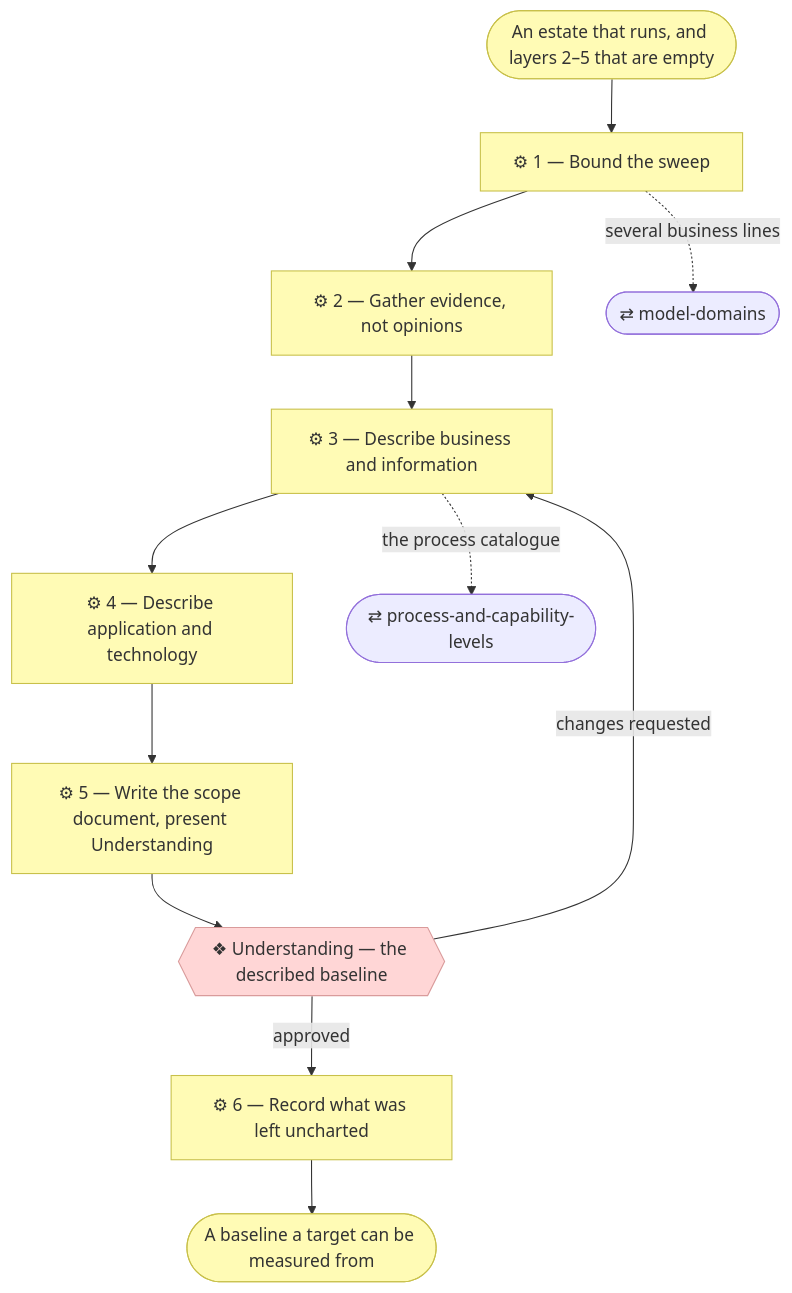
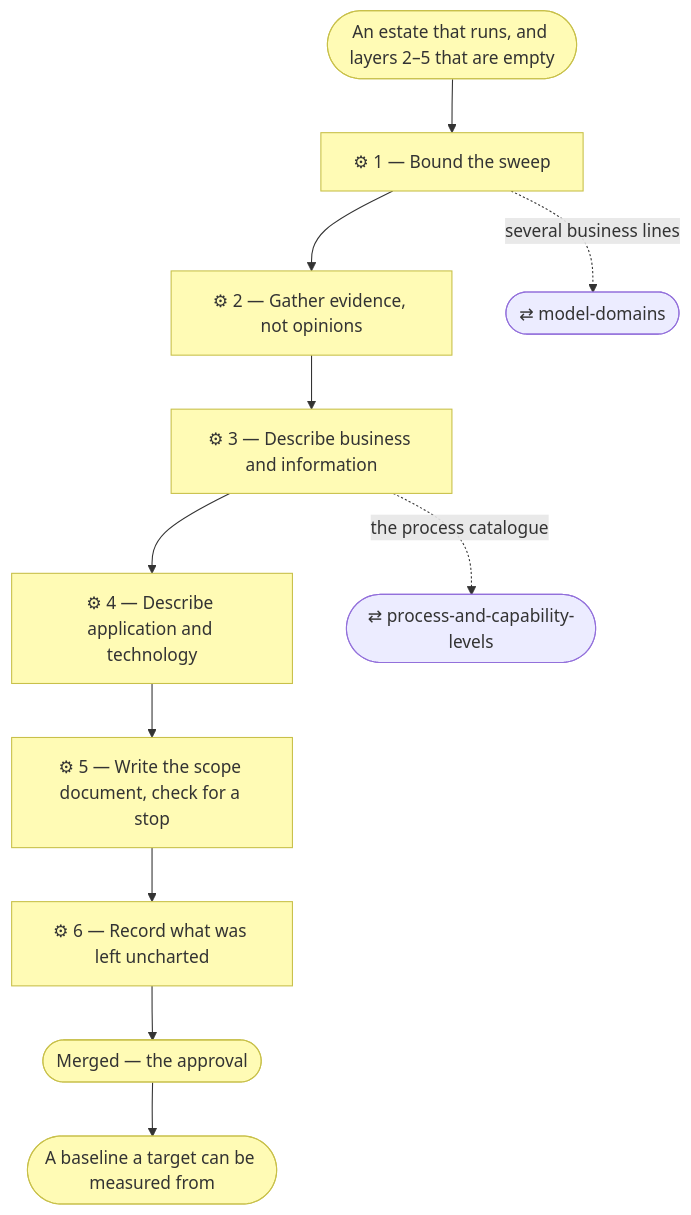
One commit to roanboc/archreator changed the diagram in plugins/archreator/skills/discover-current-landscape/SKILL.md. Above: the diagram before and after it, drawn with Mermaid. The commit also changed other lines of this file and 49 other files, not shown here.

````diff
--- a/plugins/archreator/skills/discover-current-landscape/SKILL.md
+++ b/plugins/archreator/skills/discover-current-landscape/SKILL.md
@@ -46,25 +45,21 @@
 ```mermaid
 flowchart TD
   trig(["An estate that runs, and layers 2–5 that are empty"])
   s1["⚙ 1 — Bound the sweep"]
   s2["⚙ 2 — Gather evidence, not opinions"]
   s3["⚙ 3 — Describe business and information"]
   s4["⚙ 4 — Describe application and technology"]
-  s5["⚙ 5 — Write the scope document, present Understanding"]
-  g2{{"❖ Understanding — the described baseline"}}
+  s5["⚙ 5 — Write the scope document, check for a stop"]
   s6["⚙ 6 — Record what was left uncharted"]
   pcl(["⇄ process-and-capability-levels"])
   dom(["⇄ model-domains"])
+  merged(["Merged — the approval"])
   out(["A baseline a target can be measured from"])
 
-  trig --> s1 --> s2 --> s3 --> s4 --> s5 --> g2
+  trig --> s1 --> s2 --> s3 --> s4 --> s5 --> s6 --> merged --> out
   s1 -. several business lines .-> dom
   s3 -. the process catalogue .-> pcl
-  g2 -->|changes requested| s3
-  g2 -->|approved| s6 --> out
 
   classDef business fill:#fffbb5,stroke:#c8c04a,color:#333
-  classDef implementation fill:#ffd6d6,stroke:#d99b9b,color:#333
-  class s1,s2,s3,s4,s5,s6,trig,out business
-  class g2 implementation
+  class s1,s2,s3,s4,s5,s6,trig,out,merged business
 ```
````
